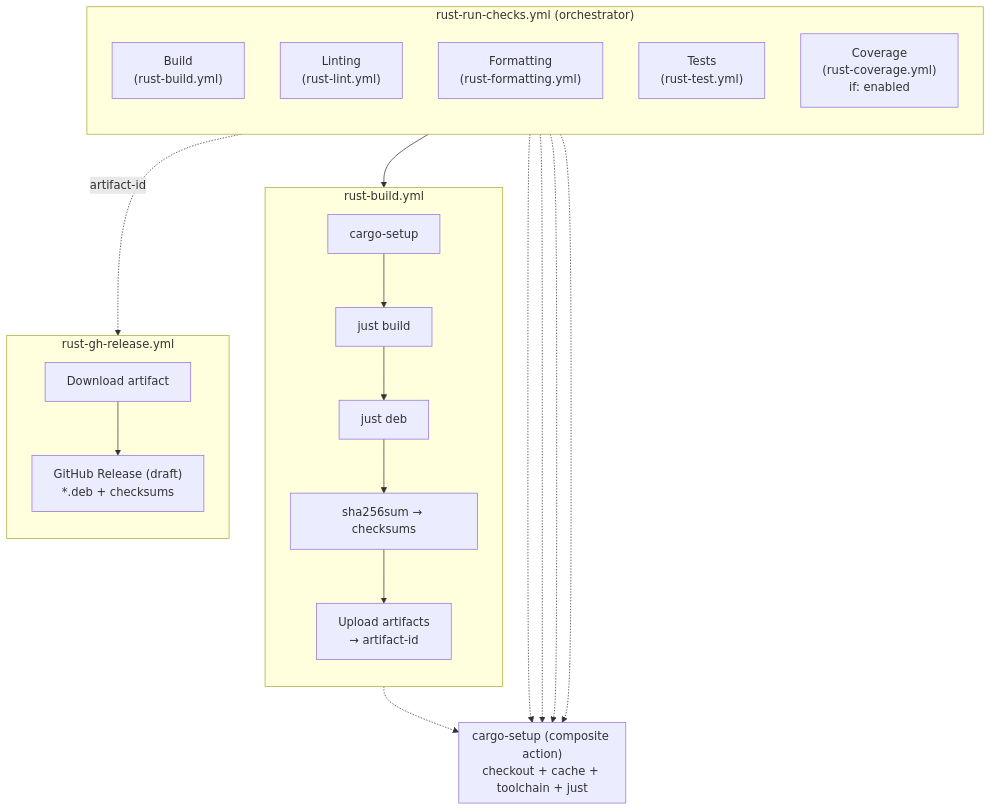
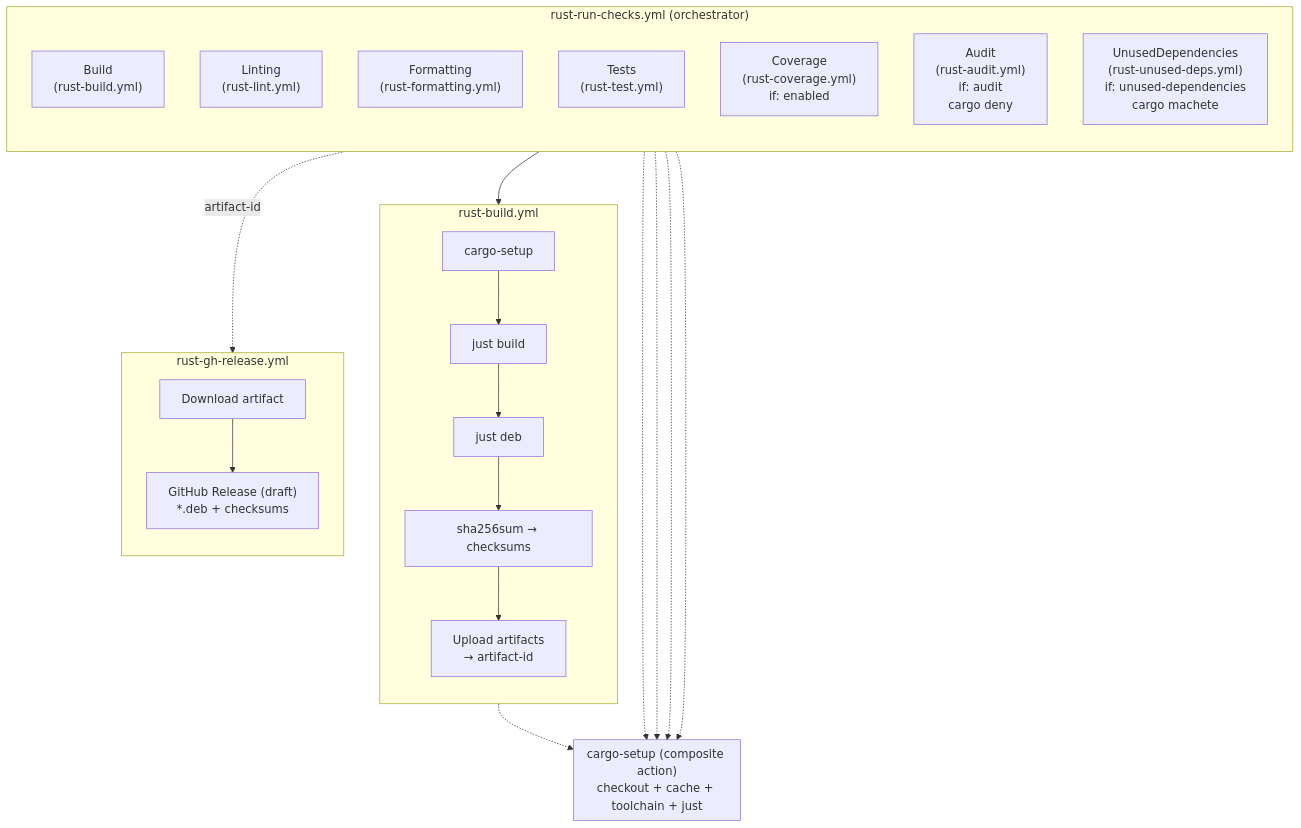
One commit to tylerkelly13/.github changed the diagram in .github/workflows/rust-pipeline.mmd. Above: the diagram before and after it, drawn with Mermaid. The commit also changed 4 other files, not shown here.

First line of the commit message:
feat: add rust dependency audit and unused-dependency checks (#24)

```diff
--- a/.github/workflows/rust-pipeline.mmd
+++ b/.github/workflows/rust-pipeline.mmd
@@ -1,34 +1,36 @@
 flowchart TD
     subgraph orchestrator["rust-run-checks.yml (orchestrator)"]
         direction TB
         RB["Build\n(rust-build.yml)"]
         RL["Linting\n(rust-lint.yml)"]
         RF["Formatting\n(rust-formatting.yml)"]
         RT["Tests\n(rust-test.yml)"]
         RC["Coverage\n(rust-coverage.yml)\nif: enabled"]
+        RA["Audit\n(rust-audit.yml)\nif: audit\ncargo deny"]
+        RU["UnusedDependencies\n(rust-unused-deps.yml)\nif: unused-dependencies\ncargo machete"]
     end
 
     subgraph build["rust-build.yml"]
         direction TB
         S1["cargo-setup"] --> S2["just build"]
         S2 --> S3["just deb"]
         S3 --> S4["sha256sum → checksums"]
         S4 --> S5["Upload artifacts\n→ artifact-id"]
     end
 
     subgraph release["rust-gh-release.yml"]
         direction TB
         R1["Download artifact"] --> R2["GitHub Release (draft)\n*.deb + checksums"]
     end
 
     subgraph actions["cargo-setup (composite action)\ncheckout + cache + toolchain + just"]
     end
 
     RB --> build
     orchestrator -.->|"artifact-id"| release
 
     build -.-> actions
     RL -.-> actions
     RF -.-> actions
     RT -.-> actions
     RC -.-> actions
```
